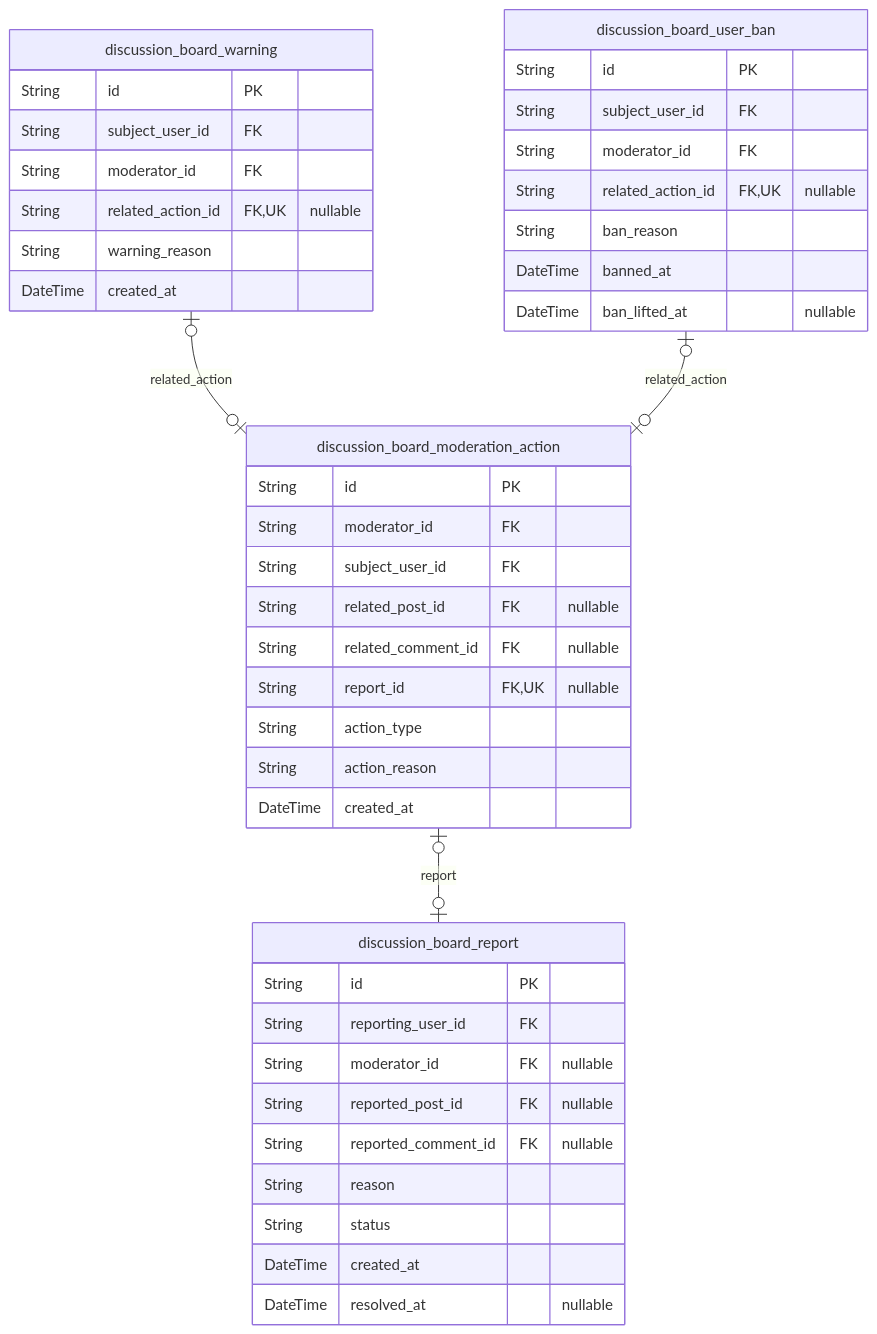
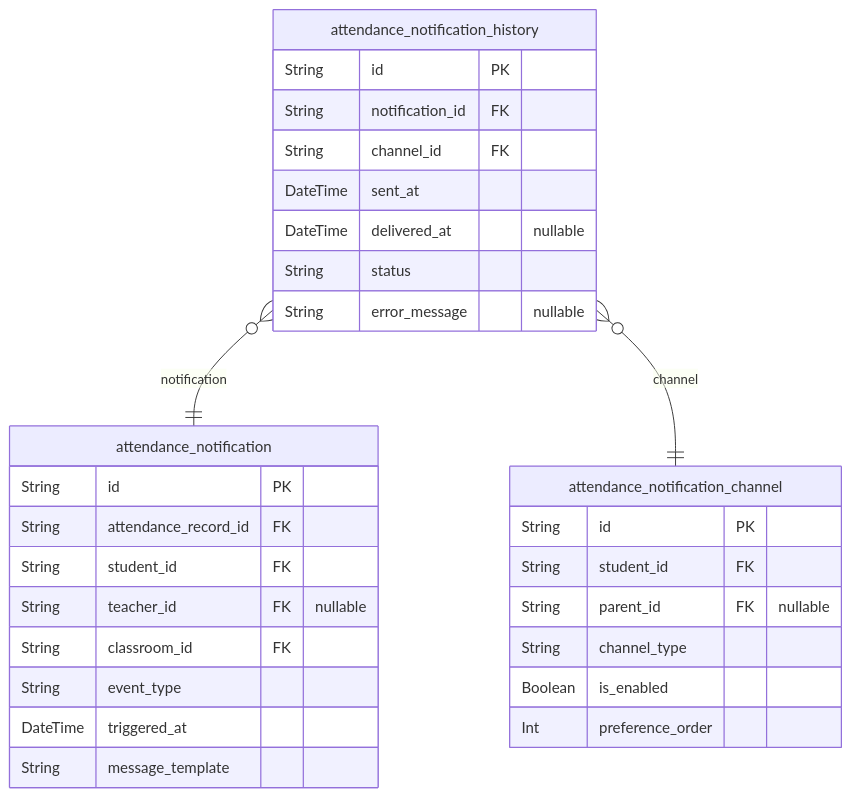
The fourth of 6 diagrams in docs/ERD.md (wrtnlabs/autobe-example-bbs-openai-gpt-4.1), drawn with Mermaid before and after one commit. The commit also changed other lines of this file and 577 other files, not shown here.

````diff
--- a/docs/ERD.md
+++ b/docs/ERD.md
@@ -511,45 +375,32 @@
 ```mermaid
 erDiagram
-"discussion_board_report" {
+"attendance_notification" {
   String id PK
-  String reporting_user_id FK
-  String moderator_id FK "nullable"
-  String reported_post_id FK "nullable"
-  String reported_comment_id FK "nullable"
-  String reason
+  String attendance_record_id FK
+  String student_id FK
+  String teacher_id FK "nullable"
+  String classroom_id FK
+  String event_type
+  DateTime triggered_at
+  String message_template
+}
+"attendance_notification_channel" {
+  String id PK
+  String student_id FK
+  String parent_id FK "nullable"
+  String channel_type
+  Boolean is_enabled
+  Int preference_order
+}
+"attendance_notification_history" {
+  String id PK
+  String notification_id FK
+  String channel_id FK
+  DateTime sent_at
+  DateTime delivered_at "nullable"
   String status
-  DateTime created_at
-  DateTime resolved_at "nullable"
+  String error_message "nullable"
 }
-"discussion_board_moderation_action" {
-  String id PK
-  String moderator_id FK
-  String subject_user_id FK
-  String related_post_id FK "nullable"
-  String related_comment_id FK "nullable"
-  String report_id FK,UK "nullable"
-  String action_type
-  String action_reason
-  DateTime created_at
-}
-"discussion_board_warning" {
-  String id PK
-  String subject_user_id FK
-  String moderator_id FK
-  String related_action_id FK,UK "nullable"
-  String warning_reason
-  DateTime created_at
-}
-"discussion_board_user_ban" {
-  String id PK
-  String subject_user_id FK
-  String moderator_id FK
-  String related_action_id FK,UK "nullable"
-  String ban_reason
-  DateTime banned_at
-  DateTime ban_lifted_at "nullable"
-}
-"discussion_board_moderation_action" |o--o| "discussion_board_report" : report
-"discussion_board_warning" |o--o| "discussion_board_moderation_action" : related_action
-"discussion_board_user_ban" |o--o| "discussion_board_moderation_action" : related_action
+"attendance_notification_history" }o--|| "attendance_notification" : notification
+"attendance_notification_history" }o--|| "attendance_notification_channel" : channel
 ```
````
